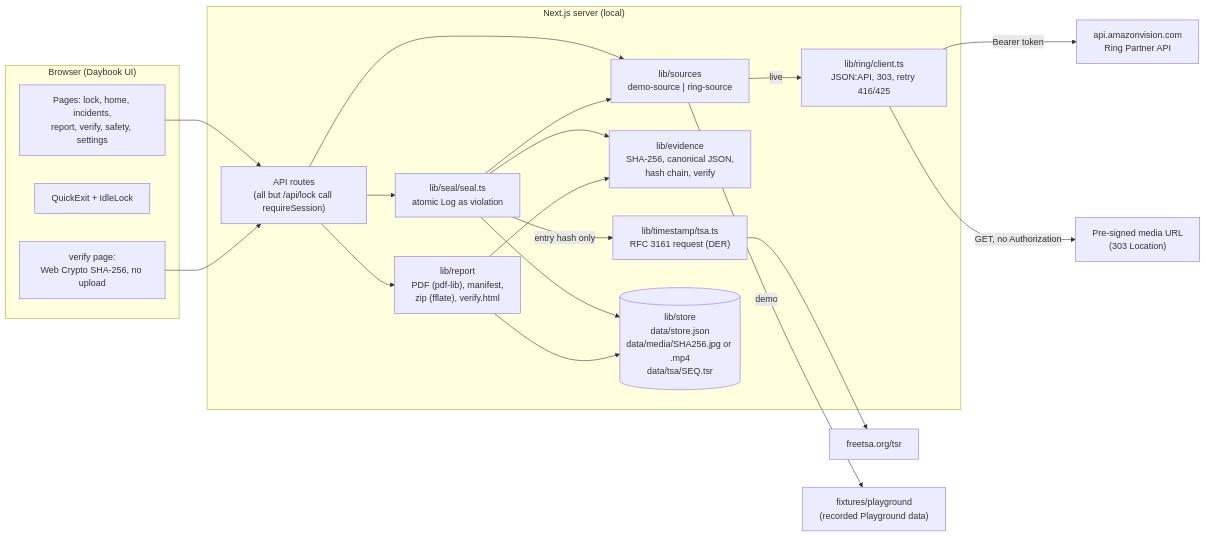
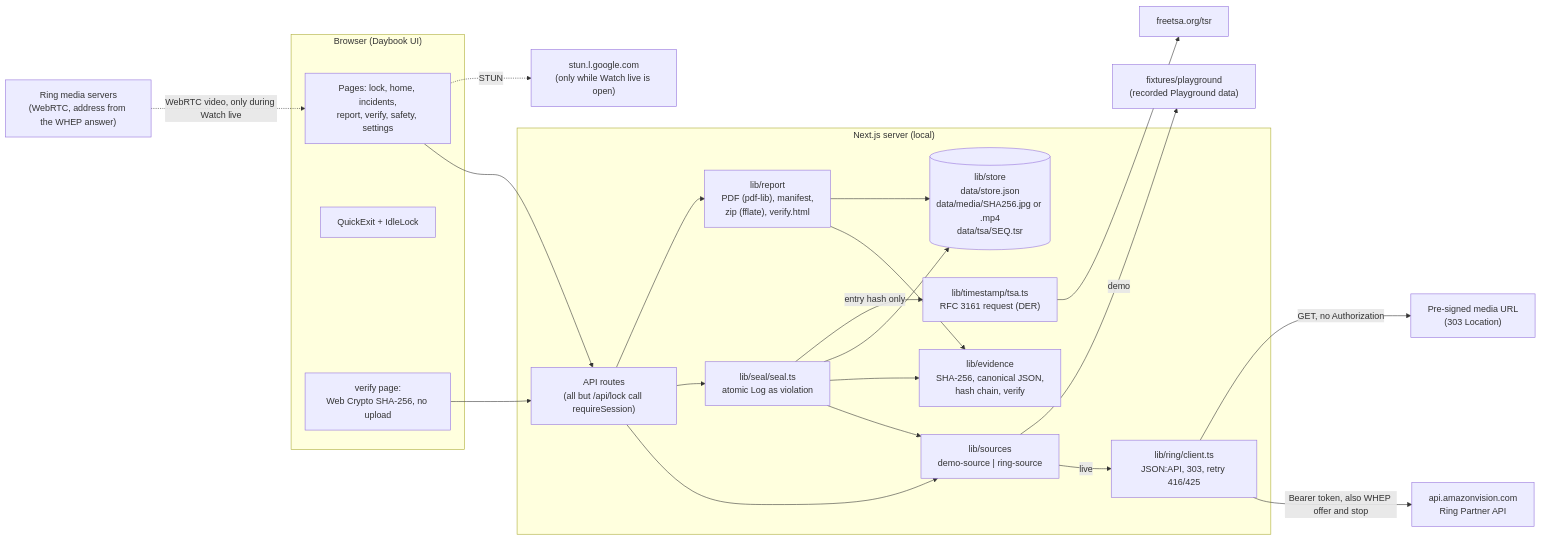
One commit to thinkrevant/witness changed the diagram in README.md. Above: the diagram before and after it, drawn with Mermaid. The commit also changed other lines of this file and 22 other files, not shown here.

Commit message:
Add Watch live (Ring WHEP live view) with Capture this moment

````diff
--- a/README.md
+++ b/README.md
@@ -134,41 +135,45 @@
 ```mermaid
 flowchart LR
   subgraph Browser["Browser (Daybook UI)"]
     UI["Pages: lock, home, incidents,<br/>report, verify, safety, settings"]
     QE["QuickExit + IdleLock"]
     VF["verify page:<br/>Web Crypto SHA-256, no upload"]
   end
 
   subgraph Server["Next.js server (local)"]
     API["API routes<br/>(all but /api/lock call requireSession)"]
     SRC["lib/sources<br/>demo-source | ring-source"]
     RC["lib/ring/client.ts<br/>JSON:API, 303, retry 416/425"]
     SEAL["lib/seal/seal.ts<br/>atomic Log as violation"]
     LED["lib/evidence<br/>SHA-256, canonical JSON,<br/>hash chain, verify"]
     TSA["lib/timestamp/tsa.ts<br/>RFC 3161 request (DER)"]
     REP["lib/report<br/>PDF (pdf-lib), manifest,<br/>zip (fflate), verify.html"]
     ST[("lib/store<br/>data/store.json<br/>data/media/SHA256.jpg or .mp4<br/>data/tsa/SEQ.tsr")]
   end
 
   RING["api.amazonvision.com<br/>Ring Partner API"]
   SIGNED["Pre-signed media URL<br/>(303 Location)"]
   FREETSA["freetsa.org/tsr"]
   FIX["fixtures/playground<br/>(recorded Playground data)"]
+  STUN["stun.l.google.com<br/>(only while Watch live is open)"]
+  RMEDIA["Ring media servers<br/>(WebRTC, address from the WHEP answer)"]
 
   UI --> API
   VF --> API
   API --> SRC
   API --> SEAL
   API --> REP
   SRC -->|live| RC
   SRC -->|demo| FIX
-  RC -->|Bearer token| RING
+  RC -->|Bearer token, also WHEP offer and stop| RING
   RC -->|GET, no Authorization| SIGNED
+  RMEDIA -.->|WebRTC video, only during Watch live| UI
+  UI -.->|STUN| STUN
   SEAL --> SRC
   SEAL --> LED
   SEAL --> ST
   SEAL -->|entry hash only| TSA
   TSA --> FREETSA
   REP --> LED
   REP --> ST
 ```
````
